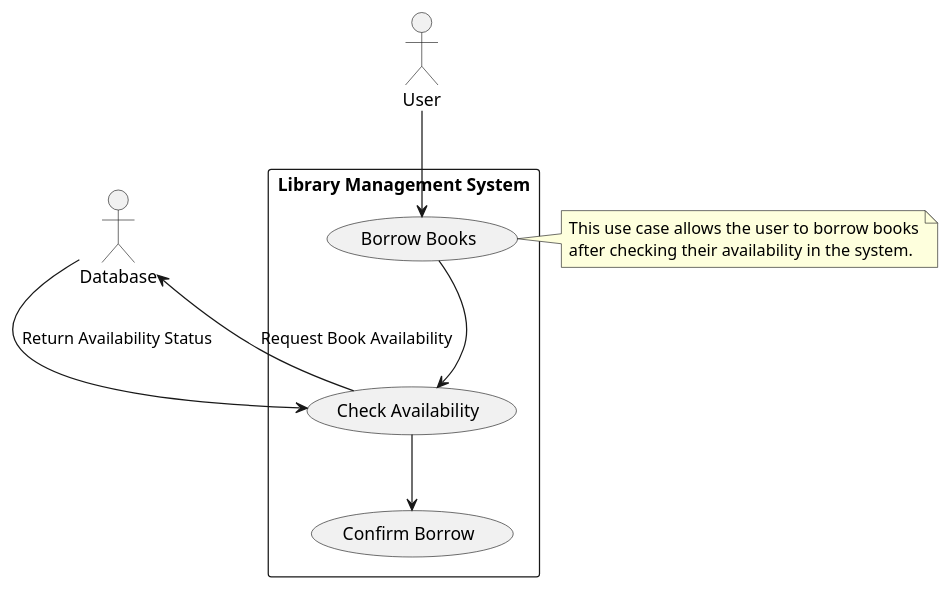
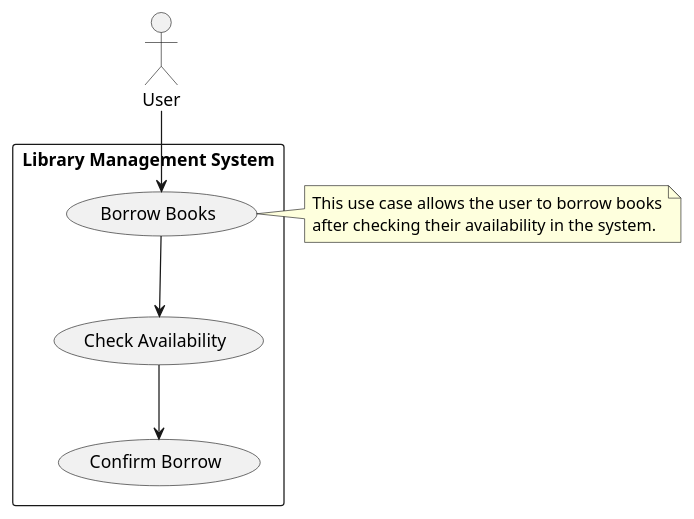
The diagram in docs/Use cases/Borrowbooks.puml (mernaahmed2020/LibraryOO), drawn with PlantUML before and after one commit.

```diff
--- a/docs/Use cases/Borrowbooks.puml
+++ b/docs/Use cases/Borrowbooks.puml
@@ -1,24 +1,21 @@
 @startuml
 top to bottom direction
 
 actor User
-actor Database
 
 rectangle "Library Management System" {
     usecase "Borrow Books" as UC1
     usecase "Check Availability" as UC2
     usecase "Confirm Borrow" as UC3
 }
 
 User --> UC1
 UC1 --> UC2
 UC2 --> UC3
-UC2 --> Database : "Request Book Availability"
-Database --> UC2 : "Return Availability Status"
 
 note right of UC1
 This use case allows the user to borrow books
 after checking their availability in the system.
 end note
 
 @enduml
```
